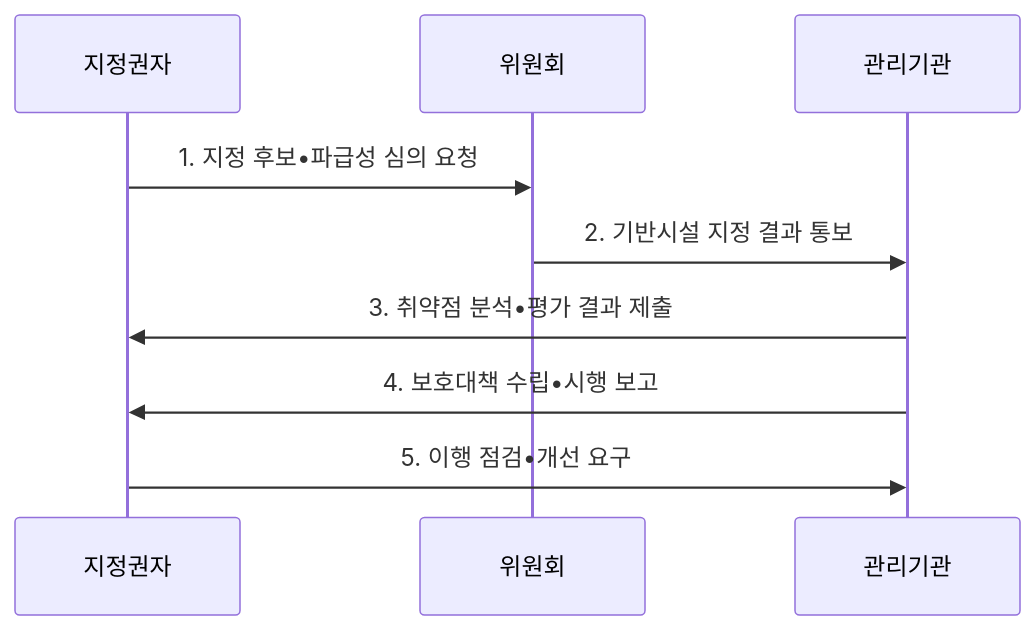
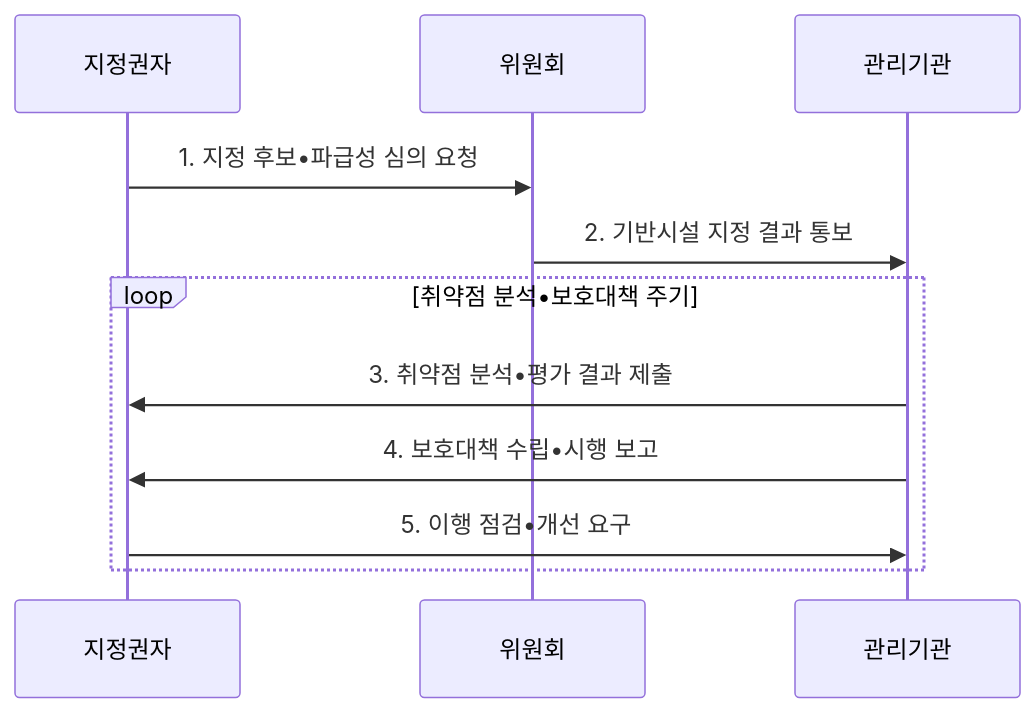
Before and after one commit to agnusdei1207/knowledge-base: the second of 2 diagrams in src/content/docs/notes/07-law-policy/025_critical_infrastructure_protection_act.md, drawn with Mermaid. The commit also changed other lines of this file and 20 other files, not shown here.

````diff
--- a/src/content/docs/notes/07-law-policy/025_critical_infrastructure_protection_act.md
+++ b/src/content/docs/notes/07-law-policy/025_critical_infrastructure_protection_act.md
@@ -101,11 +101,13 @@
 ```mermaid
 sequenceDiagram
     participant 지정권자
     participant 위원회
     participant 관리기관
     지정권자->>위원회: 1. 지정 후보•파급성 심의 요청
     위원회->>관리기관: 2. 기반시설 지정 결과 통보
-    관리기관->>지정권자: 3. 취약점 분석•평가 결과 제출
-    관리기관->>지정권자: 4. 보호대책 수립•시행 보고
-    지정권자->>관리기관: 5. 이행 점검•개선 요구
+    loop 취약점 분석•보호대책 주기
+        관리기관->>지정권자: 3. 취약점 분석•평가 결과 제출
+        관리기관->>지정권자: 4. 보호대책 수립•시행 보고
+        지정권자->>관리기관: 5. 이행 점검•개선 요구
+    end
 ```
````
